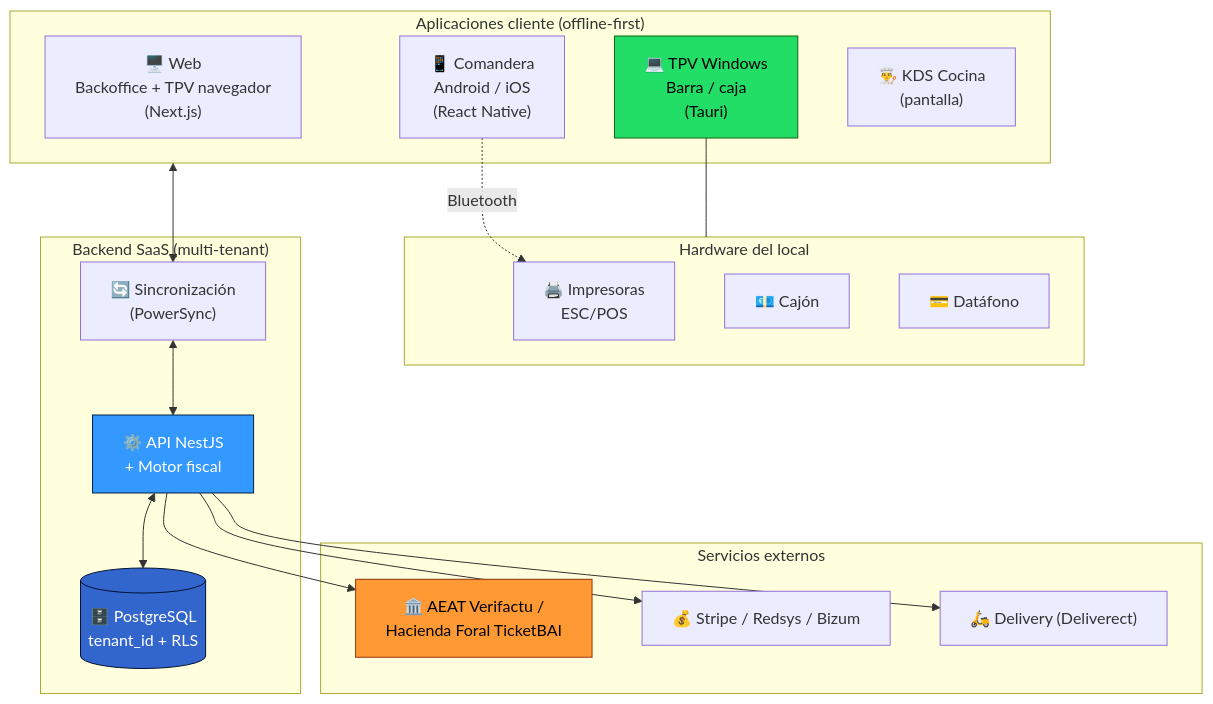
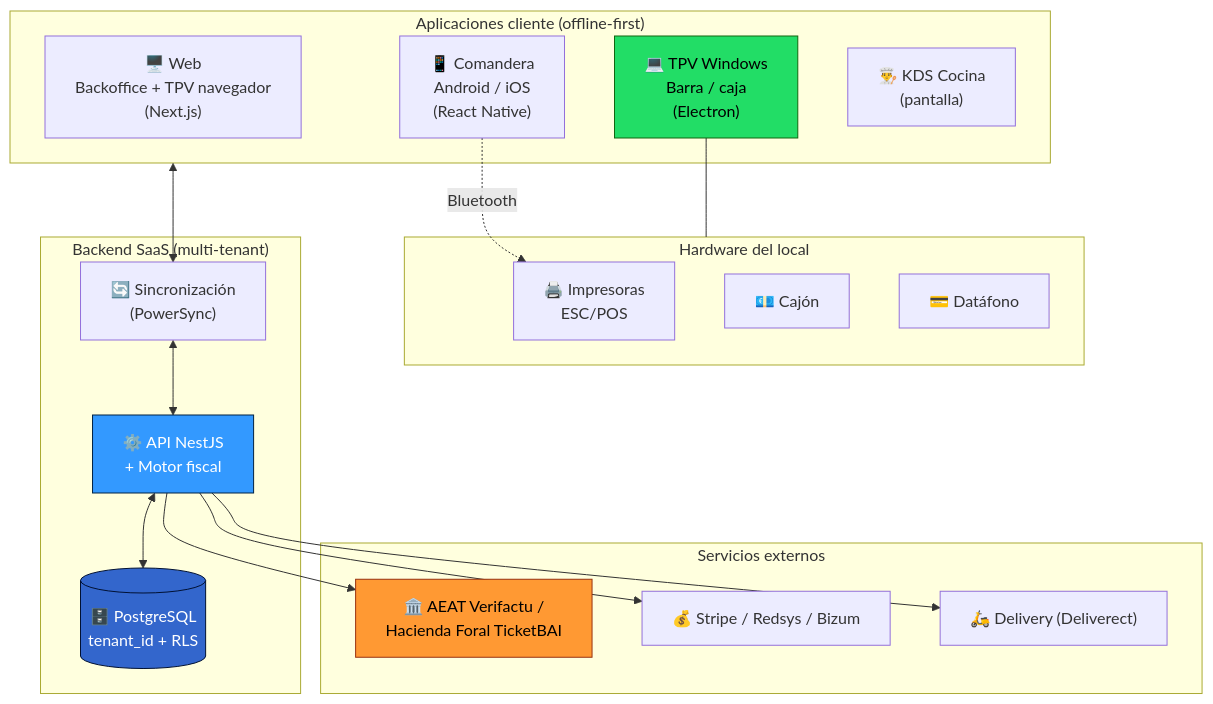
One commit to Gluuh-dev/gluuh-tpv changed the diagram in docs/README.md. Above: the diagram before and after it, drawn with Mermaid. The commit also changed other lines of this file and 31 other files, not shown here.

````diff
--- a/docs/README.md
+++ b/docs/README.md
@@ -91,41 +92,41 @@
 ```mermaid
 flowchart TB
     subgraph CLIENTES["Aplicaciones cliente (offline-first)"]
         WEB["🖥️ Web<br/>Backoffice + TPV navegador<br/>(Next.js)"]
-        DESK["💻 TPV Windows<br/>Barra / caja<br/>(Tauri)"]
+        DESK["💻 TPV Windows<br/>Barra / caja<br/>(Electron)"]
         MOB["📱 Comandera<br/>Android / iOS<br/>(React Native)"]
         KDS["👨‍🍳 KDS Cocina<br/>(pantalla)"]
     end
 
     subgraph LOCAL["Hardware del local"]
         IMP["🖨️ Impresoras<br/>ESC/POS"]
         CAJ["💶 Cajón"]
         DAT["💳 Datáfono"]
     end
 
     subgraph NUBE["Backend SaaS (multi-tenant)"]
         SYNC["🔄 Sincronización<br/>(PowerSync)"]
         API["⚙️ API NestJS<br/>+ Motor fiscal"]
         DB[("🗄️ PostgreSQL<br/>tenant_id + RLS")]
     end
 
     subgraph EXT["Servicios externos"]
         AEAT["🏛️ AEAT Verifactu /<br/>Hacienda Foral TicketBAI"]
         PAGO["💰 Stripe / Redsys / Bizum"]
         DELIV["🛵 Delivery (Deliverect)"]
     end
 
     DESK --- LOCAL
     MOB -.->|Bluetooth| IMP
     CLIENTES <--> SYNC
     SYNC <--> API
     API <--> DB
     API --> AEAT
     API --> PAGO
     API --> DELIV
 
     style DESK fill:#2d6,stroke:#161,color:#000
     style API fill:#39f,stroke:#024,color:#fff
     style DB fill:#36c,stroke:#013,color:#fff
     style AEAT fill:#f93,stroke:#931,color:#000
 ```
````
